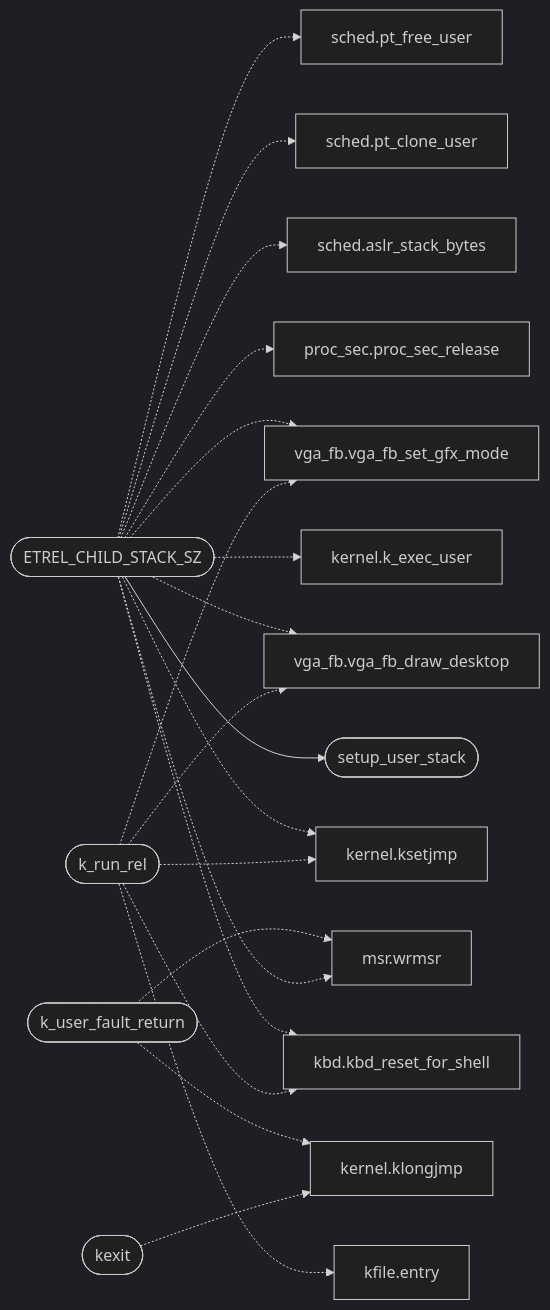
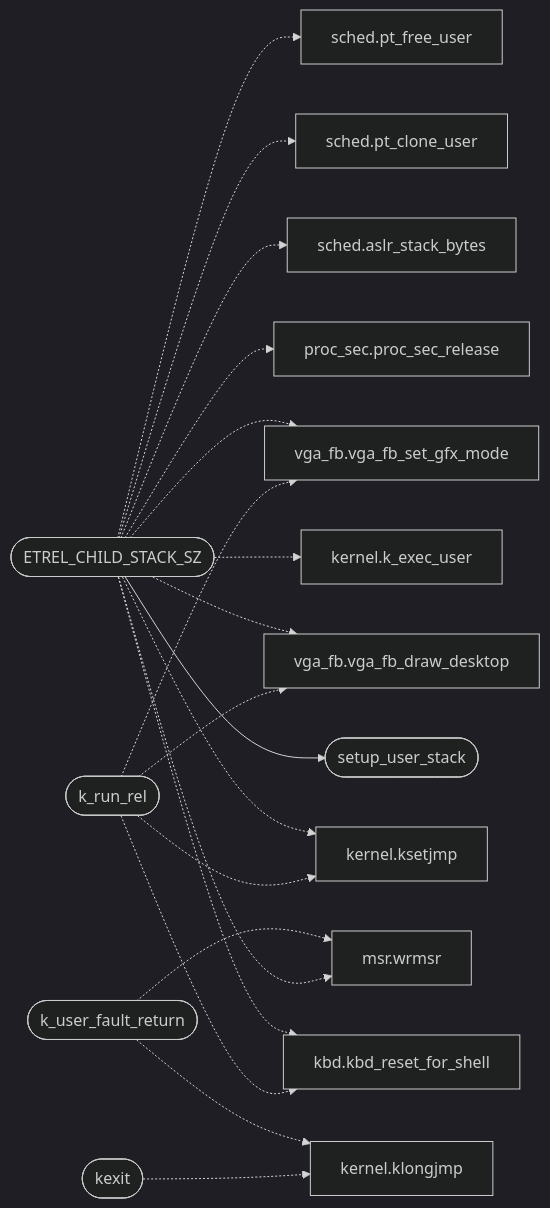
The diagram in readmenator-apidocs/modules/kernel.exec.c.md (grisuno/miniOS), drawn with Mermaid (dark theme) before and after one commit. The commit also changed other lines of this file and 138 other files, not shown here.

````diff
--- a/readmenator-apidocs/modules/kernel.exec.c.md
+++ b/readmenator-apidocs/modules/kernel.exec.c.md
@@ -17,39 +17,37 @@
 ```mermaid
 flowchart LR
     n_kernel_exec_c__ETREL_CHILD_STACK_SZ(["ETREL_CHILD_STACK_SZ"])
     n_kernel_exec_c__setup_user_stack(["setup_user_stack"])
     n_kernel_exec_c__k_user_fault_return(["k_user_fault_return"])
     n_headers_arch_x86_msr_h__wrmsr["msr.wrmsr"]
     n_headers_kernel_h__klongjmp["kernel.klongjmp"]
     n_headers_drivers_kbd_h__kbd_reset_for_shell["kbd.kbd_reset_for_shell"]
     n_headers_kernel_h__k_exec_user["kernel.k_exec_user"]
     n_headers_kernel_h__ksetjmp["kernel.ksetjmp"]
     n_headers_proc_sec_h__proc_sec_release["proc_sec.proc_sec_release"]
     n_headers_sched_h__aslr_stack_bytes["sched.aslr_stack_bytes"]
     n_headers_sched_h__pt_clone_user["sched.pt_clone_user"]
     n_headers_sched_h__pt_free_user["sched.pt_free_user"]
     n_headers_vga_fb_h__vga_fb_draw_desktop["vga_fb.vga_fb_draw_desktop"]
     n_headers_vga_fb_h__vga_fb_set_gfx_mode["vga_fb.vga_fb_set_gfx_mode"]
     n_kernel_exec_c__k_run_rel(["k_run_rel"])
-    n_fs_kfile_c__entry["kfile.entry"]
     n_kernel_exec_c__kexit(["kexit"])
     n_kernel_exec_c__ETREL_CHILD_STACK_SZ --> n_kernel_exec_c__setup_user_stack
     n_kernel_exec_c__k_user_fault_return -.-> n_headers_arch_x86_msr_h__wrmsr
     n_kernel_exec_c__k_user_fault_return -.-> n_headers_kernel_h__klongjmp
     n_kernel_exec_c__ETREL_CHILD_STACK_SZ -.-> n_headers_arch_x86_msr_h__wrmsr
     n_kernel_exec_c__ETREL_CHILD_STACK_SZ -.-> n_headers_drivers_kbd_h__kbd_reset_for_shell
     n_kernel_exec_c__ETREL_CHILD_STACK_SZ -.-> n_headers_kernel_h__k_exec_user
     n_kernel_exec_c__ETREL_CHILD_STACK_SZ -.-> n_headers_kernel_h__ksetjmp
     n_kernel_exec_c__ETREL_CHILD_STACK_SZ -.-> n_headers_proc_sec_h__proc_sec_release
     n_kernel_exec_c__ETREL_CHILD_STACK_SZ -.-> n_headers_sched_h__aslr_stack_bytes
     n_kernel_exec_c__ETREL_CHILD_STACK_SZ -.-> n_headers_sched_h__pt_clone_user
     n_kernel_exec_c__ETREL_CHILD_STACK_SZ -.-> n_headers_sched_h__pt_free_user
     n_kernel_exec_c__ETREL_CHILD_STACK_SZ -.-> n_headers_vga_fb_h__vga_fb_draw_desktop
     n_kernel_exec_c__ETREL_CHILD_STACK_SZ -.-> n_headers_vga_fb_h__vga_fb_set_gfx_mode
-    n_kernel_exec_c__k_run_rel -.-> n_fs_kfile_c__entry
     n_kernel_exec_c__k_run_rel -.-> n_headers_drivers_kbd_h__kbd_reset_for_shell
     n_kernel_exec_c__k_run_rel -.-> n_headers_kernel_h__ksetjmp
     n_kernel_exec_c__k_run_rel -.-> n_headers_vga_fb_h__vga_fb_draw_desktop
     n_kernel_exec_c__k_run_rel -.-> n_headers_vga_fb_h__vga_fb_set_gfx_mode
     n_kernel_exec_c__kexit -.-> n_headers_kernel_h__klongjmp
 ```
````
